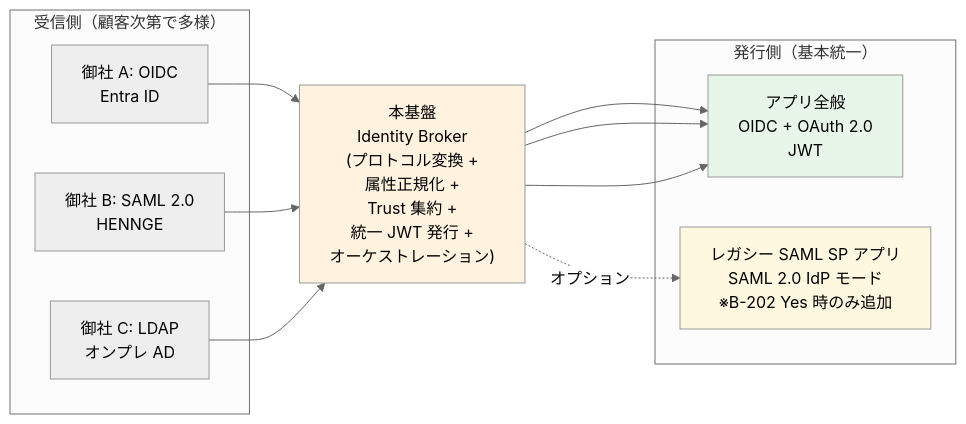
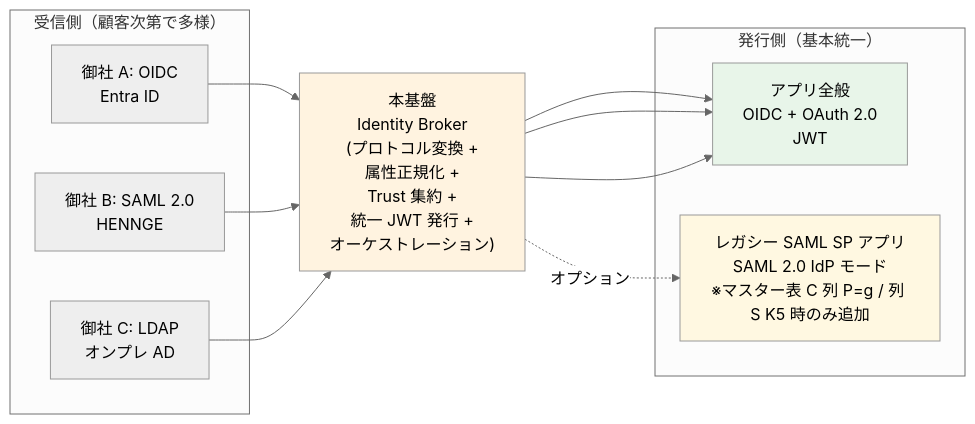
The third of 3 diagrams in doc/requirements/hearing-script/02-idp-federation.md (suepie/aws-atuh-poc), drawn with Mermaid (neutral theme) before and after one commit. The commit also changed other lines of this file and 10 other files, not shown here.

````diff
--- a/doc/requirements/hearing-script/02-idp-federation.md
+++ b/doc/requirements/hearing-script/02-idp-federation.md
@@ -119,24 +120,24 @@
 ```mermaid
 flowchart LR
     subgraph Recv["受信側（顧客次第で多様）"]
         R1[御社 A: OIDC<br/>Entra ID]
         R2[御社 B: SAML 2.0<br/>HENNGE]
         R3[御社 C: LDAP<br/>オンプレ AD]
     end
 
     Hub["本基盤<br/>Identity Broker<br/>(プロトコル変換 +<br/>属性正規化 +<br/>Trust 集約 +<br/>統一 JWT 発行 +<br/>オーケストレーション)"]
 
     subgraph Issue["発行側（基本統一）"]
         I1[アプリ全般<br/>OIDC + OAuth 2.0<br/>JWT]
-        I2[レガシー SAML SP アプリ<br/>SAML 2.0 IdP モード<br/>※B-202 Yes 時のみ追加]
+        I2[レガシー SAML SP アプリ<br/>SAML 2.0 IdP モード<br/>※マスター表 C 列 P=g / 列 S K5 時のみ追加]
     end
 
     R1 --> Hub --> I1
     R2 --> Hub --> I1
     R3 --> Hub --> I1
     Hub -.オプション.-> I2
 
     style Hub fill:#fff3e0
     style I1 fill:#e8f5e9
     style I2 fill:#fff8e1
 ```
````
